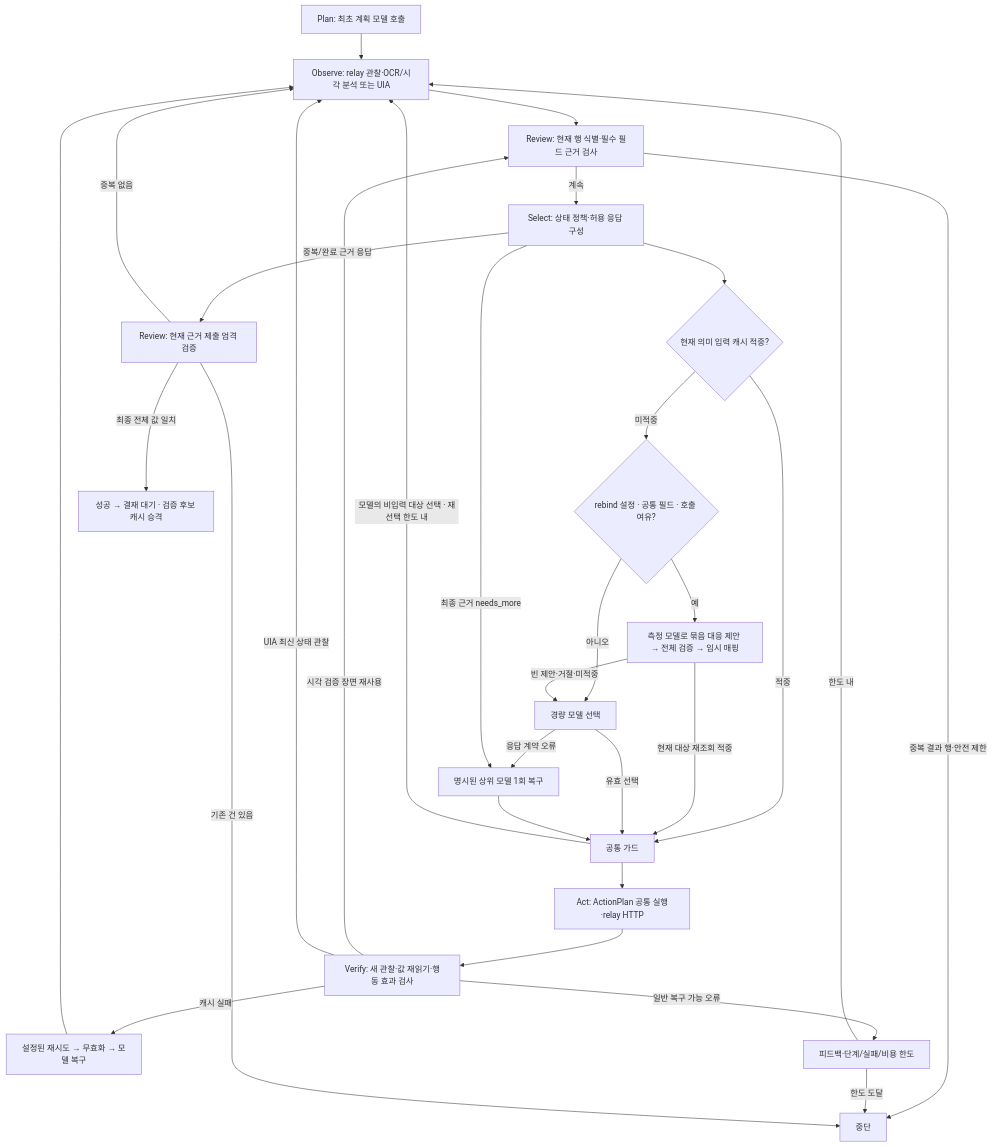
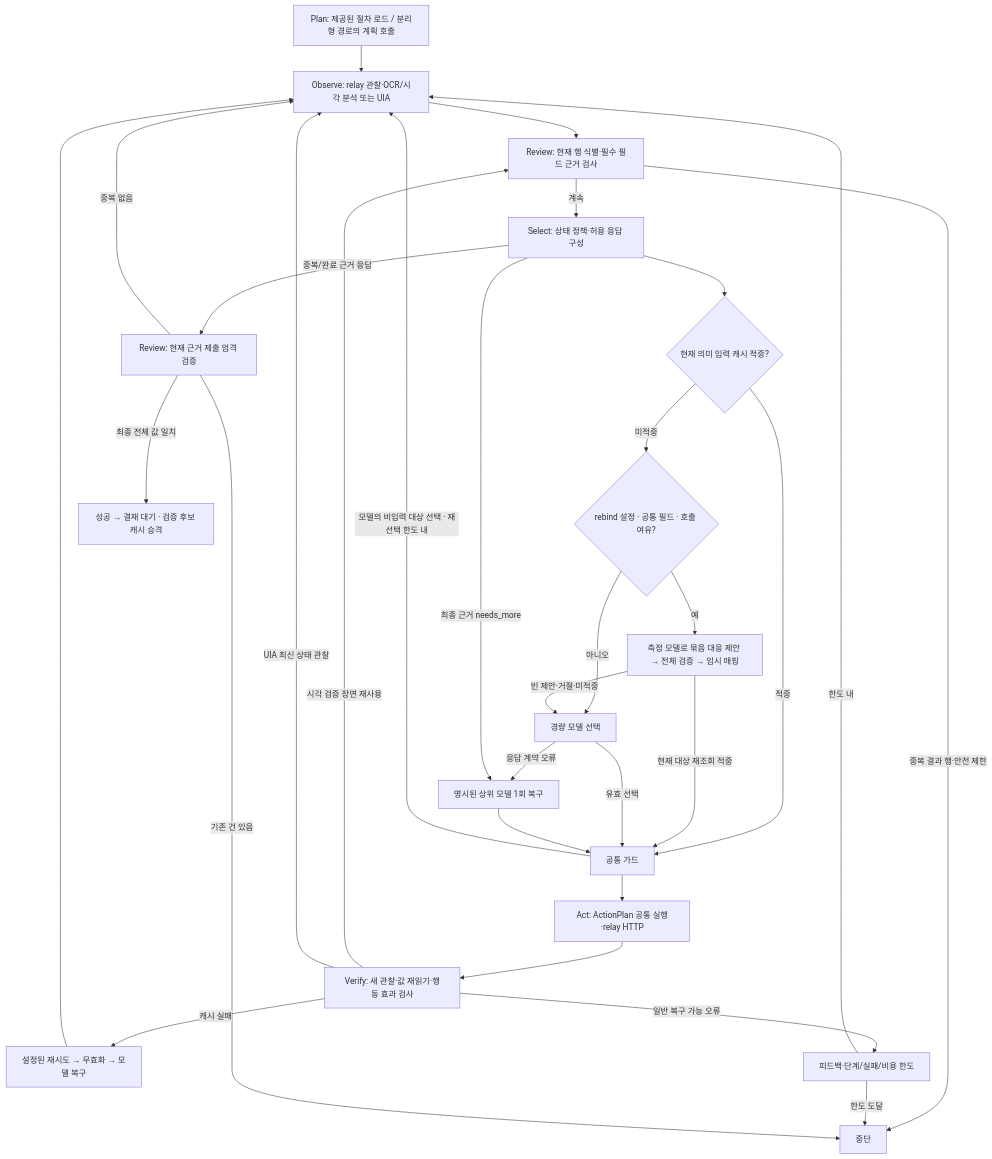
Before and after one commit to Dreamtreeme/agent-sawon: the second of 2 diagrams in docs/code-flow.md, drawn with Mermaid. The commit also changed other lines of this file and 26 other files, not shown here.

````diff
--- a/docs/code-flow.md
+++ b/docs/code-flow.md
@@ -26,32 +26,32 @@
 ```mermaid
 flowchart TD
-    PLAN["Plan: 최초 계획 모델 호출"] --> O["Observe: relay 관찰·OCR/시각 분석 또는 UIA"]
+    PLAN["Plan: 제공된 절차 로드 / 분리형 경로의 계획 호출"] --> O["Observe: relay 관찰·OCR/시각 분석 또는 UIA"]
     O --> R["Review: 현재 행 식별·필수 필드 근거 검사"]
     R -->|중복 결과 행·안전 제한| STOP["중단"]
     R -->|계속| POLICY["Select: 상태 정책·허용 응답 구성"]
     POLICY --> CACHE{"현재 의미 입력 캐시 적중?"}
     CACHE -->|적중| G["공통 가드"]
     CACHE -->|미적중| RB{"rebind 설정 · 공통 필드 · 호출 여유?"}
     RB -->|아니오| MODEL["경량 모델 선택"]
     RB -->|예| MAP["측정 모델로 묶음 대응 제안 → 전체 검증 → 임시 매핑"]
     MAP -->|현재 대상 재조회 적중| G
     MAP -->|빈 제안·거절·미적중| MODEL
     MODEL -->|유효 선택| G
     MODEL -->|응답 계약 오류| HIGH["명시된 상위 모델 1회 복구"]
     POLICY -->|최종 근거 needs_more| HIGH
     HIGH --> G
     G -->|모델의 비입력 대상 선택 · 재선택 한도 내| O
     G --> ACT["Act: ActionPlan 공통 실행·relay HTTP"]
     ACT --> VERIFY["Verify: 새 관찰·값 재읽기·행동 효과 검사"]
     VERIFY -->|시각 검증 장면 재사용| R
     VERIFY -->|UIA 최신 상태 관찰| O
     VERIFY -->|캐시 실패| RETRY["설정된 재시도 → 무효화 → 모델 복구"]
     RETRY --> O
     VERIFY -->|일반 복구 가능 오류| BOUND["피드백·단계/실패/비용 한도"]
     BOUND -->|한도 내| O
     BOUND -->|한도 도달| STOP
     POLICY -->|중복/완료 근거 응답| PROOF["Review: 현재 근거 제출 엄격 검증"]
     PROOF -->|중복 없음| O
     PROOF -->|기존 건 있음| STOP
     PROOF -->|최종 전체 값 일치| DONE["성공 → 결재 대기 · 검증 후보 캐시 승격"]
 ```
````
